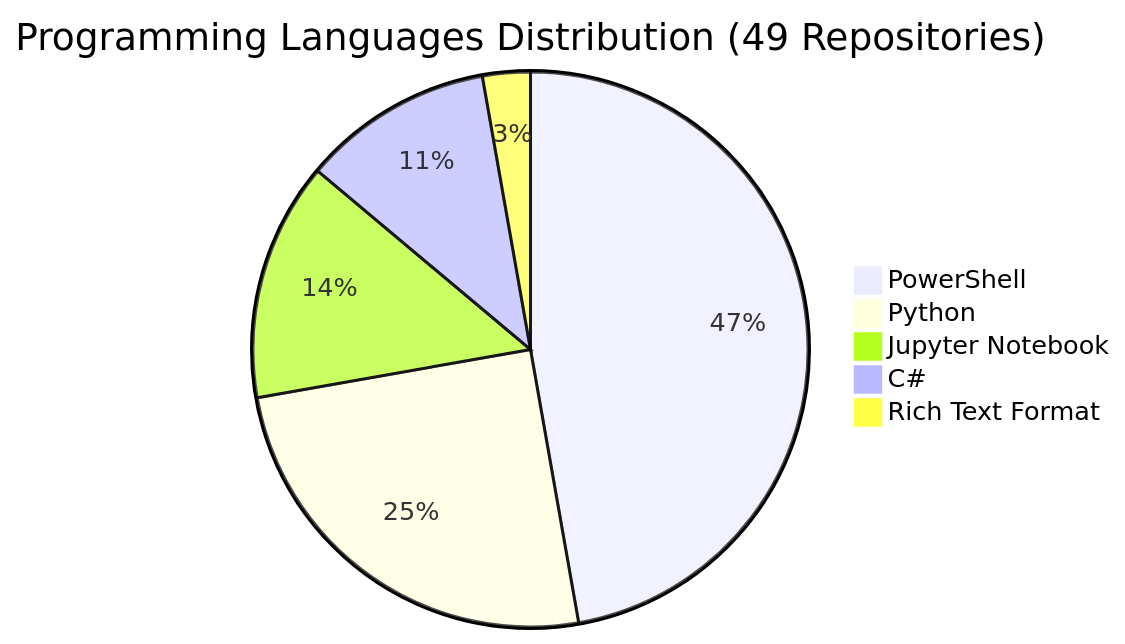
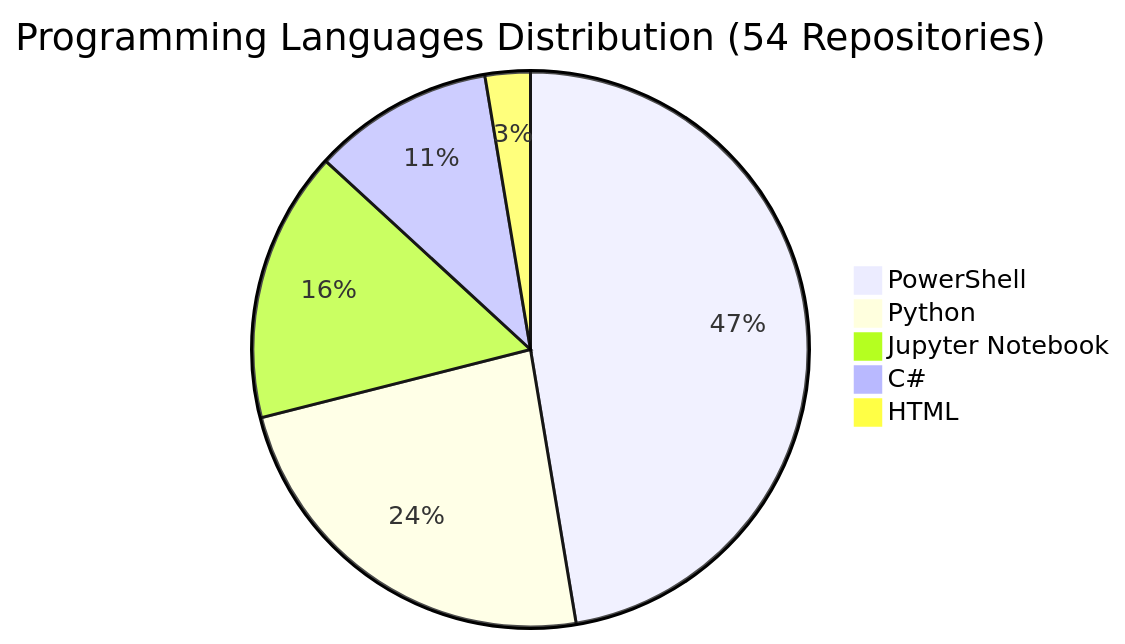
One commit to fabioc-aloha/fabioc-aloha changed the diagram in REPOS.md. Above: the diagram before and after it, drawn with Mermaid. The commit also changed other lines of this file and 1 other file, not shown here.

````diff
--- a/REPOS.md
+++ b/REPOS.md
@@ -121,8 +131,8 @@
 ```mermaid
-pie title Programming Languages Distribution (49 Repositories)
-    "PowerShell" : 17
+pie title Programming Languages Distribution (54 Repositories)
+    "PowerShell" : 18
     "Python" : 9
-    "Jupyter Notebook" : 5
+    "Jupyter Notebook" : 6
     "C#" : 4
-    "Rich Text Format" : 1
+    "HTML" : 1
 ```
````
